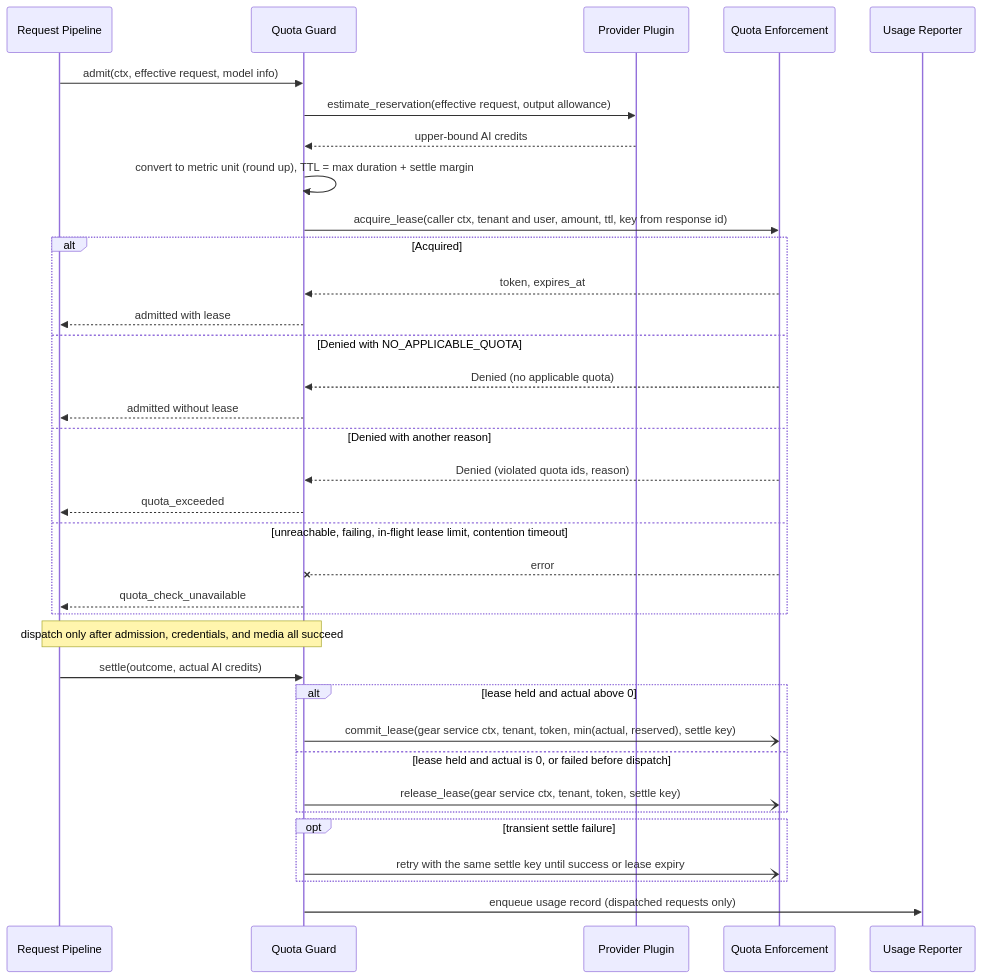
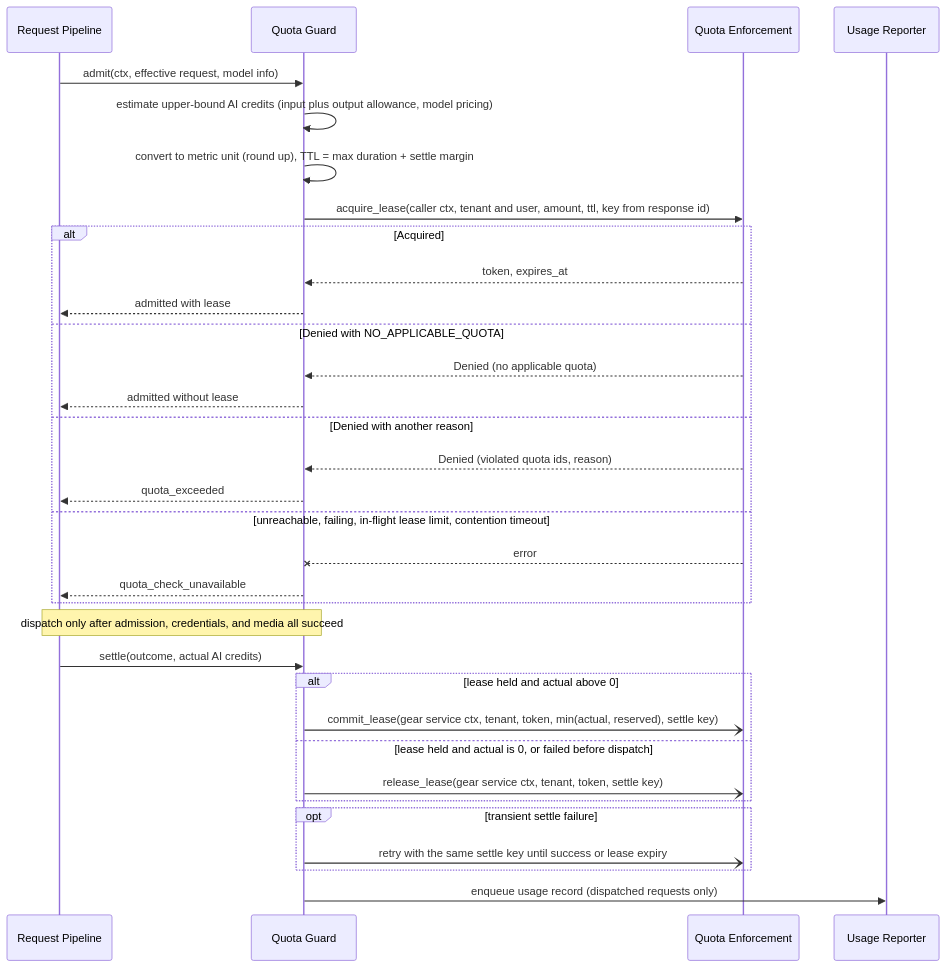
Diagram 12 of 15 in gears/llm-gateway/docs/DESIGN.md (AndIConstructor/gears-rust), drawn with Mermaid before and after one commit. The commit also changed other lines of this file, not shown here.

First line of the commit message:
docs(llm-gateway): move pre-dispatch checks and estimates from the plugin to the core

````diff
--- a/gears/llm-gateway/docs/DESIGN.md
+++ b/gears/llm-gateway/docs/DESIGN.md
@@ -1116,37 +1108,35 @@
 ```mermaid
 sequenceDiagram
     participant P as Request Pipeline
     participant QG as Quota Guard
-    participant PL as Provider Plugin
     participant QE as Quota Enforcement
     participant UR as Usage Reporter
     P->>QG: admit(ctx, effective request, model info)
-    QG->>PL: estimate_reservation(effective request, output allowance)
-    PL-->>QG: upper-bound AI credits
+    QG->>QG: estimate upper-bound AI credits (input plus output allowance, model pricing)
     QG->>QG: convert to metric unit (round up), TTL = max duration + settle margin
     QG->>QE: acquire_lease(caller ctx, tenant and user, amount, ttl, key from response id)
     alt Acquired
         QE-->>QG: token, expires_at
         QG-->>P: admitted with lease
     else Denied with NO_APPLICABLE_QUOTA
         QE-->>QG: Denied (no applicable quota)
         QG-->>P: admitted without lease
     else Denied with another reason
         QE-->>QG: Denied (violated quota ids, reason)
         QG-->>P: quota_exceeded
     else unreachable, failing, in-flight lease limit, contention timeout
         QE--xQG: error
         QG-->>P: quota_check_unavailable
     end
     Note over P,QG: dispatch only after admission, credentials, and media all succeed
     P->>QG: settle(outcome, actual AI credits)
     alt lease held and actual above 0
         QG-)QE: commit_lease(gear service ctx, tenant, token, min(actual, reserved), settle key)
     else lease held and actual is 0, or failed before dispatch
         QG-)QE: release_lease(gear service ctx, tenant, token, settle key)
     end
     opt transient settle failure
         QG-)QE: retry with the same settle key until success or lease expiry
     end
     QG->>UR: enqueue usage record (dispatched requests only)
 ```
````
